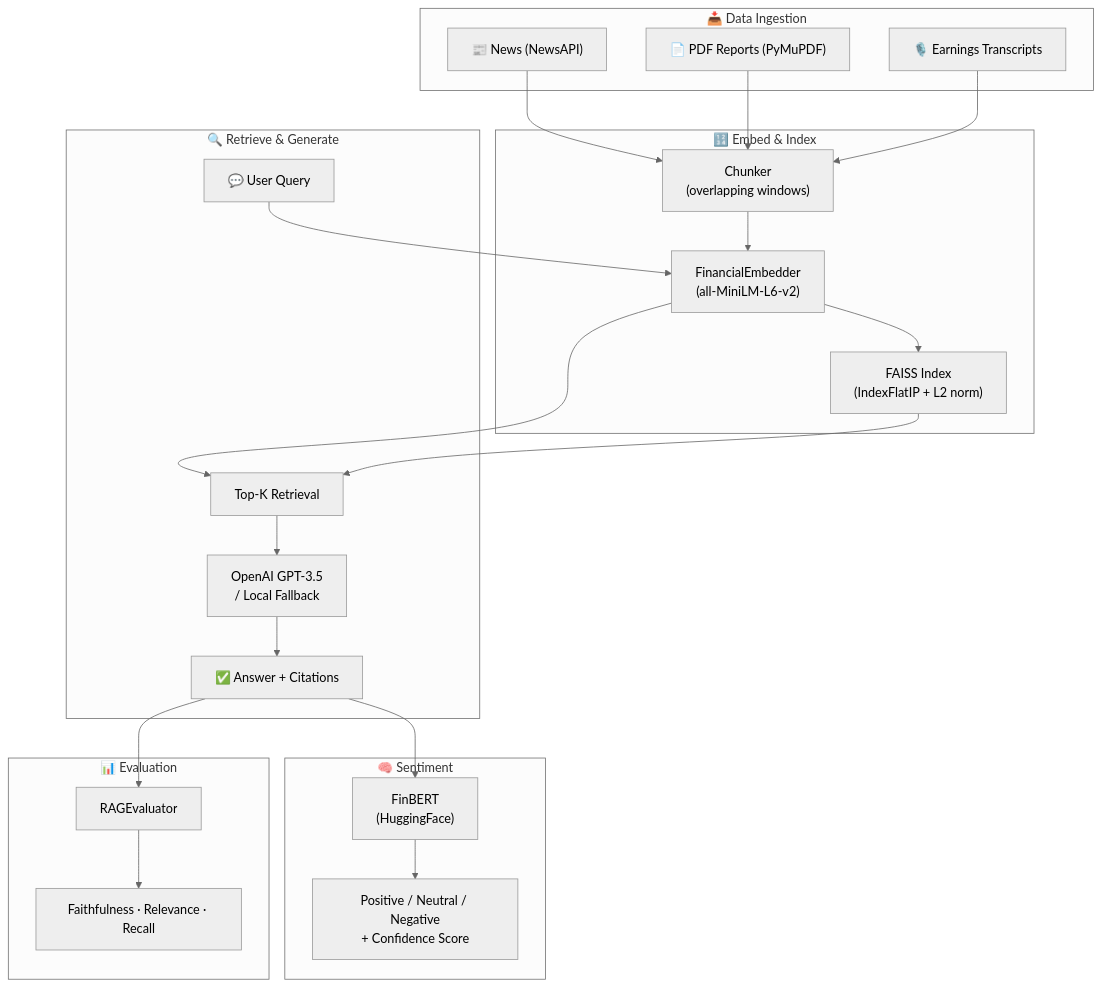
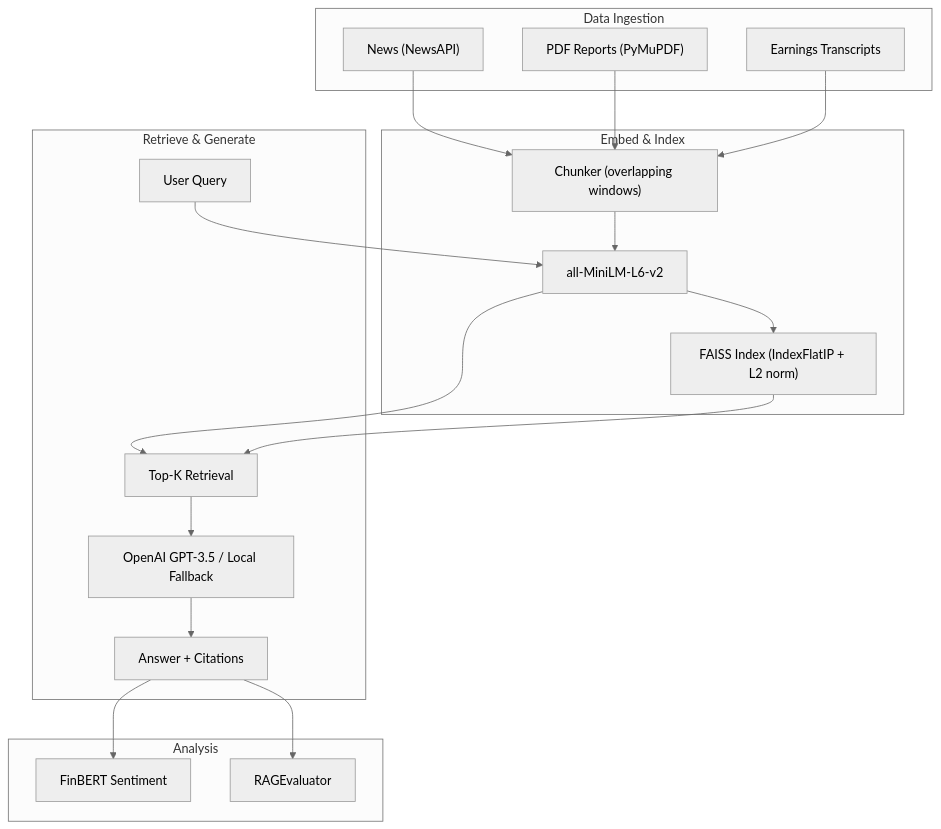
Before and after one commit to krishi-shah/ai-financial-analyst: the diagram in README.md, drawn with Mermaid (neutral theme). The commit also changed other lines of this file, not shown here.

````diff
--- a/README.md
+++ b/README.md
@@ -47,43 +73,38 @@
 ```mermaid
 flowchart TD
-    subgraph ingestion [" 📥  Data Ingestion"]
-        News["📰 News (NewsAPI)"]
-        PDF["📄 PDF Reports (PyMuPDF)"]
-        Transcripts["🎙️ Earnings Transcripts"]
+    subgraph ingestion ["Data Ingestion"]
+        News["News (NewsAPI)"]
+        PDF["PDF Reports (PyMuPDF)"]
+        Transcripts["Earnings Transcripts"]
     end
 
-    subgraph embedding [" 🔢  Embed & Index"]
-        Chunker["Chunker\n(overlapping windows)"]
-        Embedder["FinancialEmbedder\n(all-MiniLM-L6-v2)"]
-        FAISS["FAISS Index\n(IndexFlatIP + L2 norm)"]
+    subgraph embedding ["Embed & Index"]
+        Chunker["Chunker (overlapping windows)"]
+        Embedder["all-MiniLM-L6-v2"]
+        FAISS["FAISS Index (IndexFlatIP + L2 norm)"]
     end
 
-    subgraph retrieval [" 🔍  Retrieve & Generate"]
-        Query["💬 User Query"]
+    subgraph retrieval ["Retrieve & Generate"]
+        Query["User Query"]
         Retrieve["Top-K Retrieval"]
-        LLM["OpenAI GPT-3.5\n/ Local Fallback"]
-        Answer["✅ Answer + Citations"]
+        LLM["OpenAI GPT-3.5 / Local Fallback"]
+        Answer["Answer + Citations"]
     end
 
-    subgraph sentiment [" 🧠  Sentiment"]
-        FinBERT["FinBERT\n(HuggingFace)"]
-        Label["Positive / Neutral / Negative\n+ Confidence Score"]
-    end
-
-    subgraph eval [" 📊  Evaluation"]
+    subgraph analysis ["Analysis"]
+        FinBERT["FinBERT Sentiment"]
         Evaluator["RAGEvaluator"]
-        Metrics["Faithfulness · Relevance · Recall"]
     end
 
     News --> Chunker
     PDF --> Chunker
     Transcripts --> Chunker
     Chunker --> Embedder --> FAISS
 
     Query --> Embedder
     Embedder --> Retrieve
     FAISS --> Retrieve
     Retrieve --> LLM --> Answer
-    Answer --> FinBERT --> Label
-    Answer --> Evaluator --> Metrics
+    Answer --> FinBERT
+    Answer --> Evaluator
 ```
````
